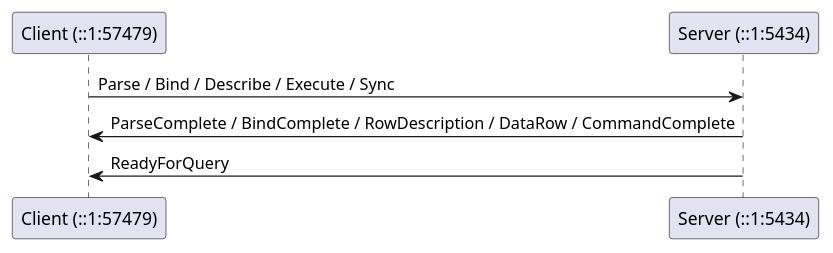
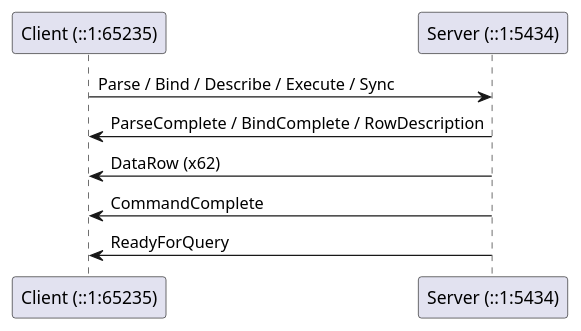
One commit to xfischer/pg_protoexport changed the diagram in docs/examples/exports/pagila-04-extended-query-unnamed-statement/capture.plantuml.seq.md. Above: the diagram before and after it, drawn with PlantUML. The commit also changed 135 other files, not shown here.

````diff
--- a/docs/examples/exports/pagila-04-extended-query-unnamed-statement/capture.plantuml.seq.md
+++ b/docs/examples/exports/pagila-04-extended-query-unnamed-statement/capture.plantuml.seq.md
@@ -2,9 +2,11 @@
 ```plantuml
 @startuml
-participant "Client (::1:57479)" as C
+participant "Client (::1:65235)" as C
 participant "Server (::1:5434)" as S
 C -> S : Parse / Bind / Describe / Execute / Sync
-S -> C : ParseComplete / BindComplete / RowDescription / DataRow / CommandComplete
+S -> C : ParseComplete / BindComplete / RowDescription
+S -> C : DataRow (x62)
+S -> C : CommandComplete
 S -> C : ReadyForQuery
 @enduml
 ```
````
